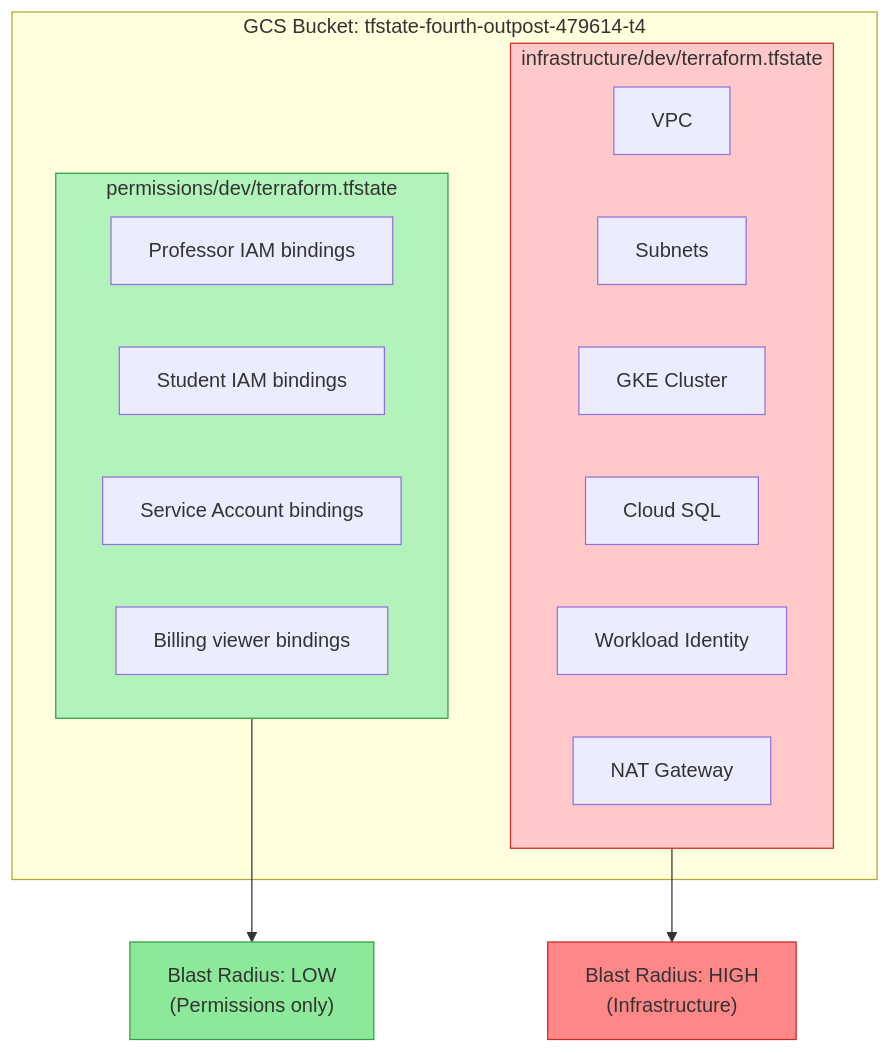
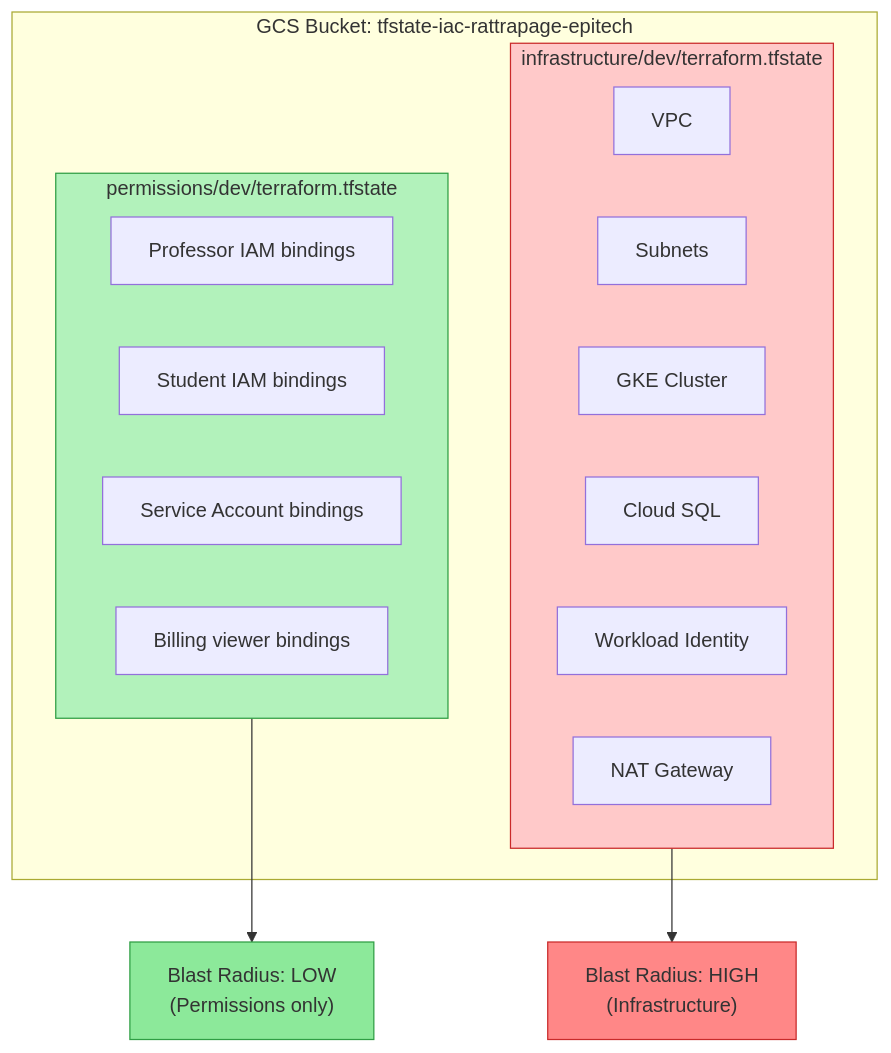
Before and after one commit to RayaneMemiche/infra-as-code: the third of 8 diagrams in C4/docs/PERMISSIONS-DIAGRAM.md, drawn with Mermaid. The commit also changed other lines of this file and 35 other files, not shown here.

First line of the commit message:
feat: migrate to new GCP project iac-rattrapage-epitech

````diff
--- a/C4/docs/PERMISSIONS-DIAGRAM.md
+++ b/C4/docs/PERMISSIONS-DIAGRAM.md
@@ -97,27 +97,27 @@
 ```mermaid
 flowchart TB
-    subgraph BUCKET["GCS Bucket: tfstate-fourth-outpost-479614-t4"]
+    subgraph BUCKET["GCS Bucket: tfstate-iac-rattrapage-epitech"]
         subgraph INFRA["infrastructure/dev/terraform.tfstate"]
             I1["VPC"]
             I2["Subnets"]
             I3["GKE Cluster"]
             I4["Cloud SQL"]
             I5["Workload Identity"]
             I6["NAT Gateway"]
         end
         subgraph PERM["permissions/dev/terraform.tfstate"]
             P1["Professor IAM bindings"]
             P2["Student IAM bindings"]
             P3["Service Account bindings"]
             P4["Billing viewer bindings"]
         end
     end
 
     INFRA --> HIGH["Blast Radius: HIGH<br/>(Infrastructure)"]
     PERM --> LOW["Blast Radius: LOW<br/>(Permissions only)"]
 
     style INFRA fill:#ffc9c9,stroke:#c92a2a
     style PERM fill:#b2f2bb,stroke:#2f9e44
     style HIGH fill:#ff8787,stroke:#c92a2a
     style LOW fill:#8ce99a,stroke:#2f9e44
 ```
````
